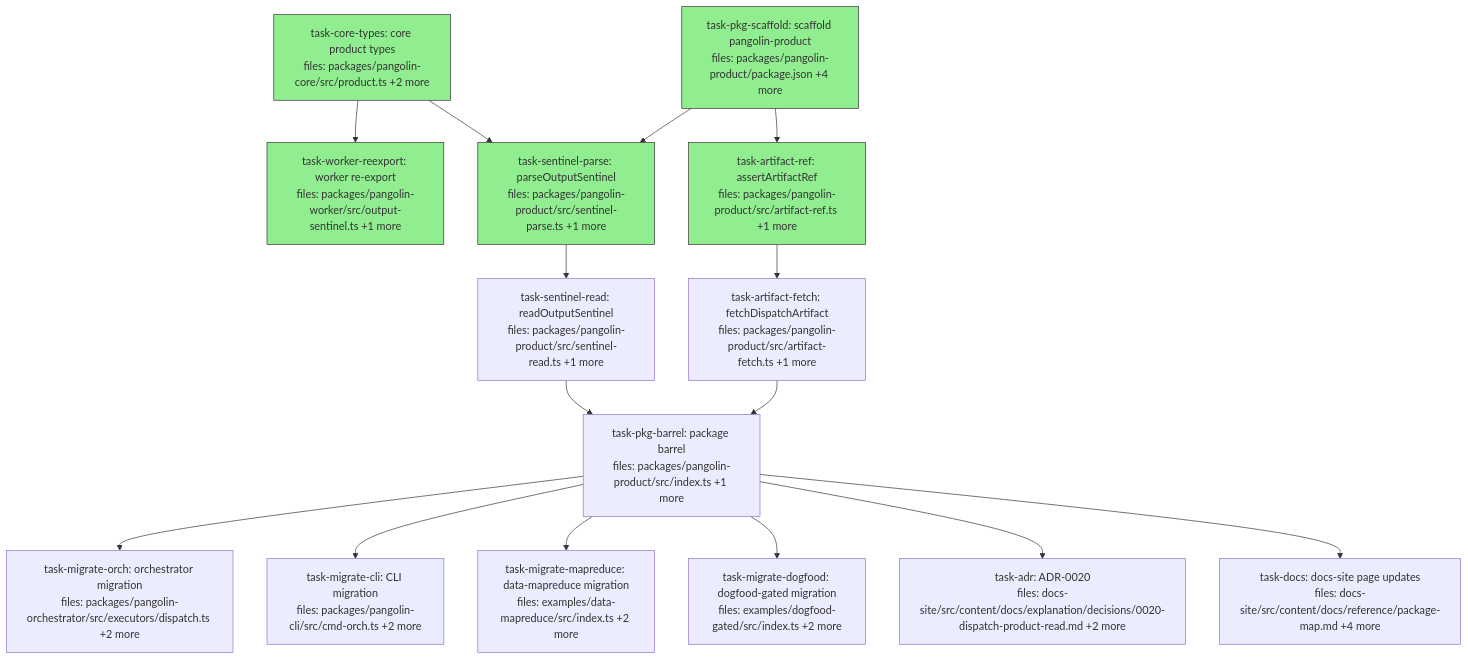
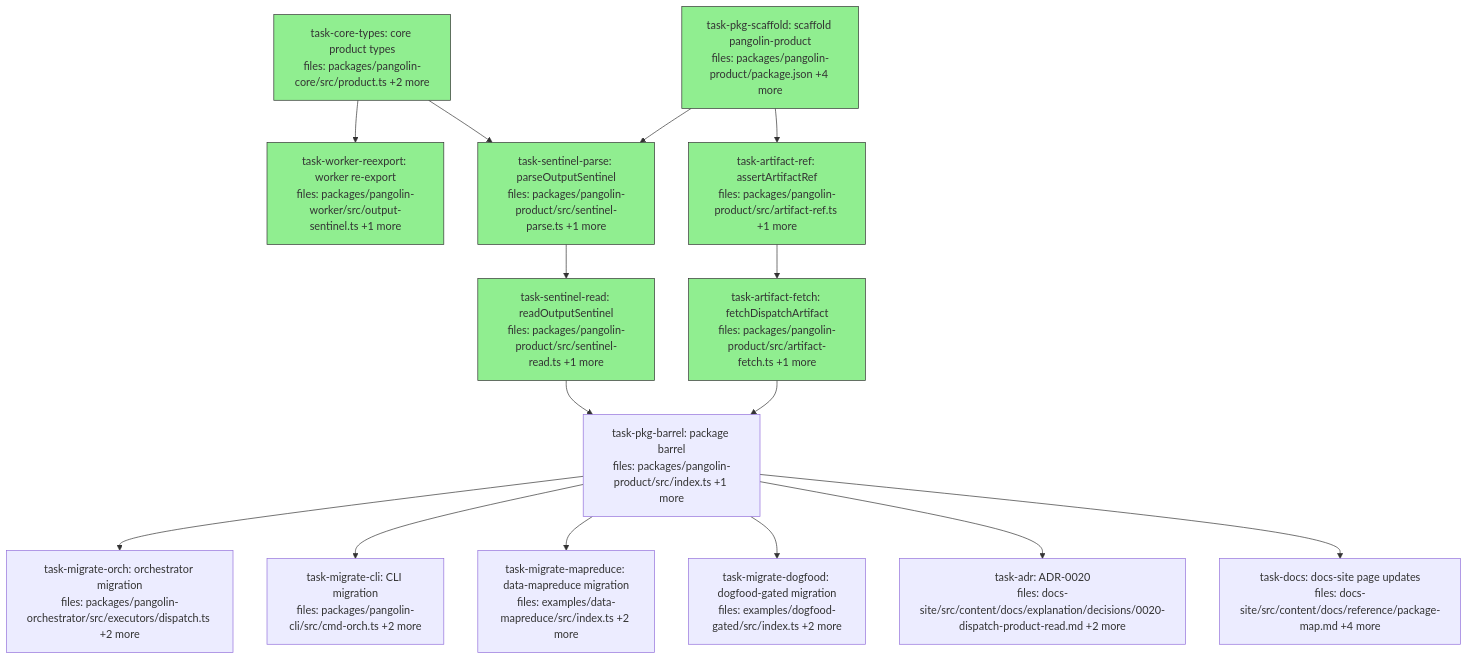
The diagram in docs/superpowers/plans/2026-07-27-dispatch-product-read-dag.md (QuarrySystems/pangolin), drawn with Mermaid before and after one commit. The commit also changed other lines of this file, not shown here.

First line of the commit message:
plan: tick 3 complete — 7/14 tasks done

````diff
--- a/docs/superpowers/plans/2026-07-27-dispatch-product-read-dag.md
+++ b/docs/superpowers/plans/2026-07-27-dispatch-product-read-dag.md
@@ -6,38 +6,38 @@
 ```mermaid
 flowchart TD
     task-core-types["task-core-types: core product types<br/>files: packages/pangolin-core/src/product.ts +2 more"]:::done
     task-worker-reexport["task-worker-reexport: worker re-export<br/>files: packages/pangolin-worker/src/output-sentinel.ts +1 more"]:::done
     task-pkg-scaffold["task-pkg-scaffold: scaffold pangolin-product<br/>files: packages/pangolin-product/package.json +4 more"]:::done
     task-sentinel-parse["task-sentinel-parse: parseOutputSentinel<br/>files: packages/pangolin-product/src/sentinel-parse.ts +1 more"]:::done
     task-artifact-ref["task-artifact-ref: assertArtifactRef<br/>files: packages/pangolin-product/src/artifact-ref.ts +1 more"]:::done
-    task-sentinel-read["task-sentinel-read: readOutputSentinel<br/>files: packages/pangolin-product/src/sentinel-read.ts +1 more"]
-    task-artifact-fetch["task-artifact-fetch: fetchDispatchArtifact<br/>files: packages/pangolin-product/src/artifact-fetch.ts +1 more"]
+    task-sentinel-read["task-sentinel-read: readOutputSentinel<br/>files: packages/pangolin-product/src/sentinel-read.ts +1 more"]:::done
+    task-artifact-fetch["task-artifact-fetch: fetchDispatchArtifact<br/>files: packages/pangolin-product/src/artifact-fetch.ts +1 more"]:::done
     task-pkg-barrel["task-pkg-barrel: package barrel<br/>files: packages/pangolin-product/src/index.ts +1 more"]
     task-migrate-orch["task-migrate-orch: orchestrator migration<br/>files: packages/pangolin-orchestrator/src/executors/dispatch.ts +2 more"]
     task-migrate-cli["task-migrate-cli: CLI migration<br/>files: packages/pangolin-cli/src/cmd-orch.ts +2 more"]
     task-migrate-mapreduce["task-migrate-mapreduce: data-mapreduce migration<br/>files: examples/data-mapreduce/src/index.ts +2 more"]
     task-migrate-dogfood["task-migrate-dogfood: dogfood-gated migration<br/>files: examples/dogfood-gated/src/index.ts +2 more"]
     task-adr["task-adr: ADR-0020<br/>files: docs-site/src/content/docs/explanation/decisions/0020-dispatch-product-read.md +2 more"]
     task-docs["task-docs: docs-site page updates<br/>files: docs-site/src/content/docs/reference/package-map.md +4 more"]
 
     task-core-types --> task-worker-reexport
     task-core-types --> task-sentinel-parse
     task-pkg-scaffold --> task-sentinel-parse
     task-pkg-scaffold --> task-artifact-ref
     task-sentinel-parse --> task-sentinel-read
     task-artifact-ref --> task-artifact-fetch
     task-sentinel-read --> task-pkg-barrel
     task-artifact-fetch --> task-pkg-barrel
     task-pkg-barrel --> task-migrate-orch
     task-pkg-barrel --> task-migrate-cli
     task-pkg-barrel --> task-migrate-mapreduce
     task-pkg-barrel --> task-migrate-dogfood
     task-pkg-barrel --> task-adr
     task-pkg-barrel --> task-docs
 
     classDef done fill:#90ee90,stroke:#333
     classDef ready fill:#fffacd,stroke:#333
     classDef running fill:#87ceeb,stroke:#333
     classDef failed fill:#ffb6c1,stroke:#333
     classDef skipped fill:#d3d3d3,stroke:#333,stroke-dasharray: 5 5
 ```
````
